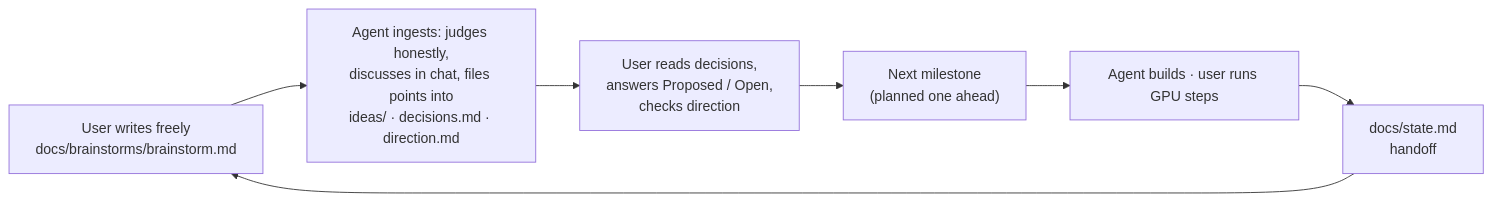
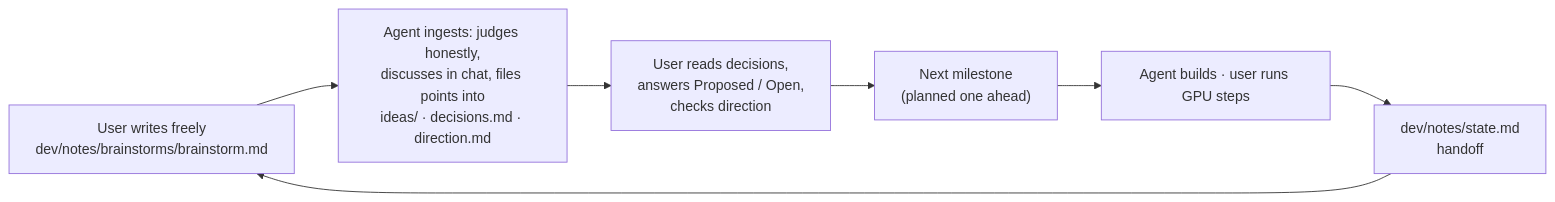
Before and after one commit to cupcakes04/Rin: the first of 2 diagrams in CLAUDE.md, drawn with Mermaid. The commit also changed other lines of this file and 26 other files, not shown here.

````diff
--- a/CLAUDE.md
+++ b/CLAUDE.md
@@ -12,9 +12,9 @@
 ```mermaid
 flowchart LR
-    B["User writes freely<br/>docs/brainstorms/brainstorm.md"] --> I["Agent ingests: judges honestly,<br/>discusses in chat, files points into<br/>ideas/ · decisions.md · direction.md"]
+    B["User writes freely<br/>dev/notes/brainstorms/brainstorm.md"] --> I["Agent ingests: judges honestly,<br/>discusses in chat, files points into<br/>ideas/ · decisions.md · direction.md"]
     I --> A["User reads decisions,<br/>answers Proposed / Open,<br/>checks direction"]
     A --> M["Next milestone<br/>(planned one ahead)"]
     M --> X["Agent builds · user runs GPU steps"]
-    X --> S["docs/state.md<br/>handoff"]
+    X --> S["dev/notes/state.md<br/>handoff"]
     S --> B
 ```
````
